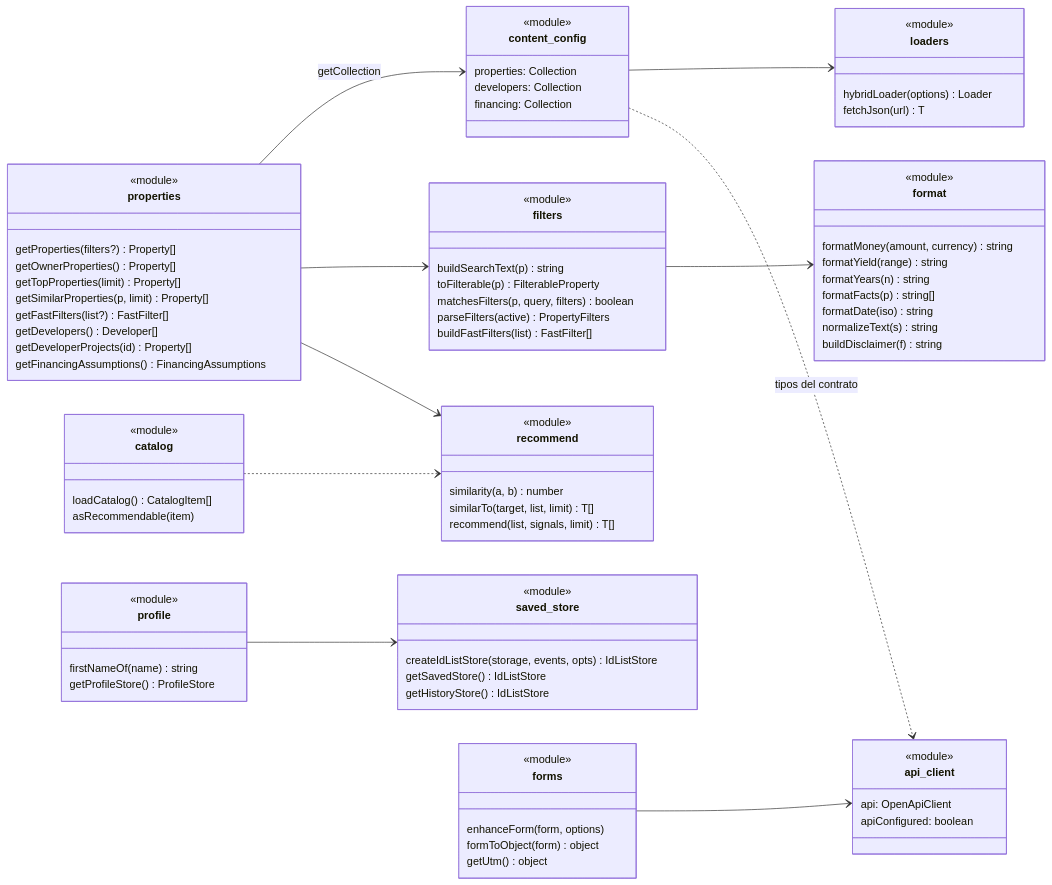
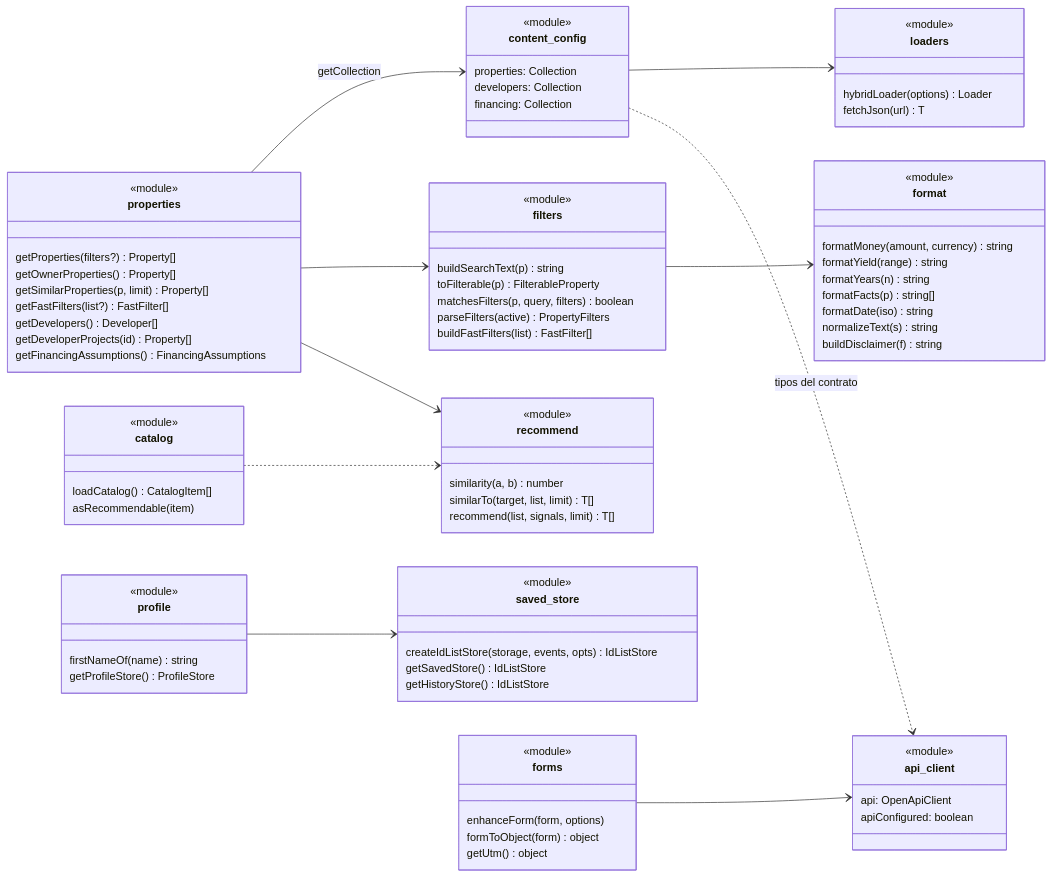
One commit to samirharrytl/DHC_landing changed the first of 2 diagrams in docs/plataforma/02-frontend.md. Above: the diagram before and after it, drawn with Mermaid. The commit also changed other lines of this file and 86 other files, not shown here.

```diff
--- a/docs/plataforma/02-frontend.md
+++ b/docs/plataforma/02-frontend.md
@@ -50,7 +50,6 @@
         <<module>>
         getProperties(filters?) Property[]
         getOwnerProperties() Property[]
-        getTopProperties(limit) Property[]
         getSimilarProperties(p, limit) Property[]
         getFastFilters(list?) FastFilter[]
         getDevelopers() Developer[]
```
